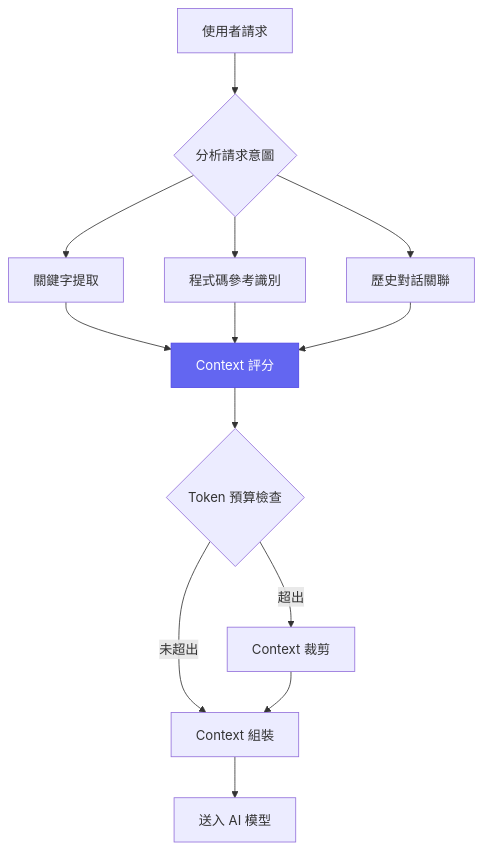
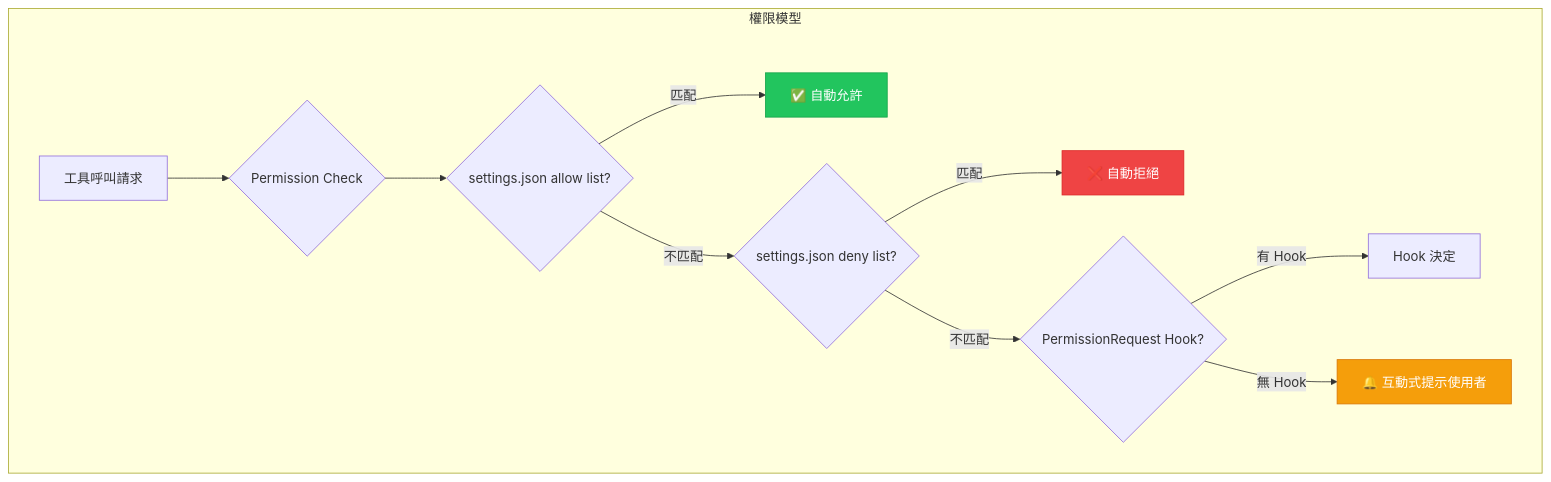
Before and after one commit to chihhung/Blog: the eighth of 57 diagrams in content/posts/教學/AI開發/Claude Code生態圈教學手冊.md, drawn with Mermaid. The commit also changed other lines of this file and 3 other files, not shown here.

````diff
--- a/content/posts/教學/AI開發/Claude Code生態圈教學手冊.md
+++ b/content/posts/教學/AI開發/Claude Code生態圈教學手冊.md
@@ -478,20 +818,17 @@
 ```mermaid
 graph TD
-    A[使用者請求] --> B{分析請求意圖}
-    B --> C[關鍵字提取]
-    B --> D[程式碼參考識別]
-    B --> E[歷史對話關聯]
+    subgraph "權限模型"
+        A[工具呼叫請求] --> B{Permission Check}
+        B --> C{settings.json allow list?}
+        C -->|匹配| D[✅ 自動允許]
+        C -->|不匹配| E{settings.json deny list?}
+        E -->|匹配| F[❌ 自動拒絕]
+        E -->|不匹配| G{PermissionRequest Hook?}
+        G -->|有 Hook| H[Hook 決定]
+        G -->|無 Hook| I[🔔 互動式提示使用者]
+    end
     
-    C --> F[Context 評分]
-    D --> F
-    E --> F
-    
-    F --> G{Token 預算檢查}
-    G -->|超出| H[Context 裁剪]
-    G -->|未超出| I[Context 組裝]
-    H --> I
-    
-    I --> J[送入 AI 模型]
-    
-    style F fill:#6366f1,stroke:#4f46e5,color:#fff
+    style D fill:#22c55e,stroke:#16a34a,color:#fff
+    style F fill:#ef4444,stroke:#dc2626,color:#fff
+    style I fill:#f59e0b,stroke:#d97706,color:#fff
 ```
````
